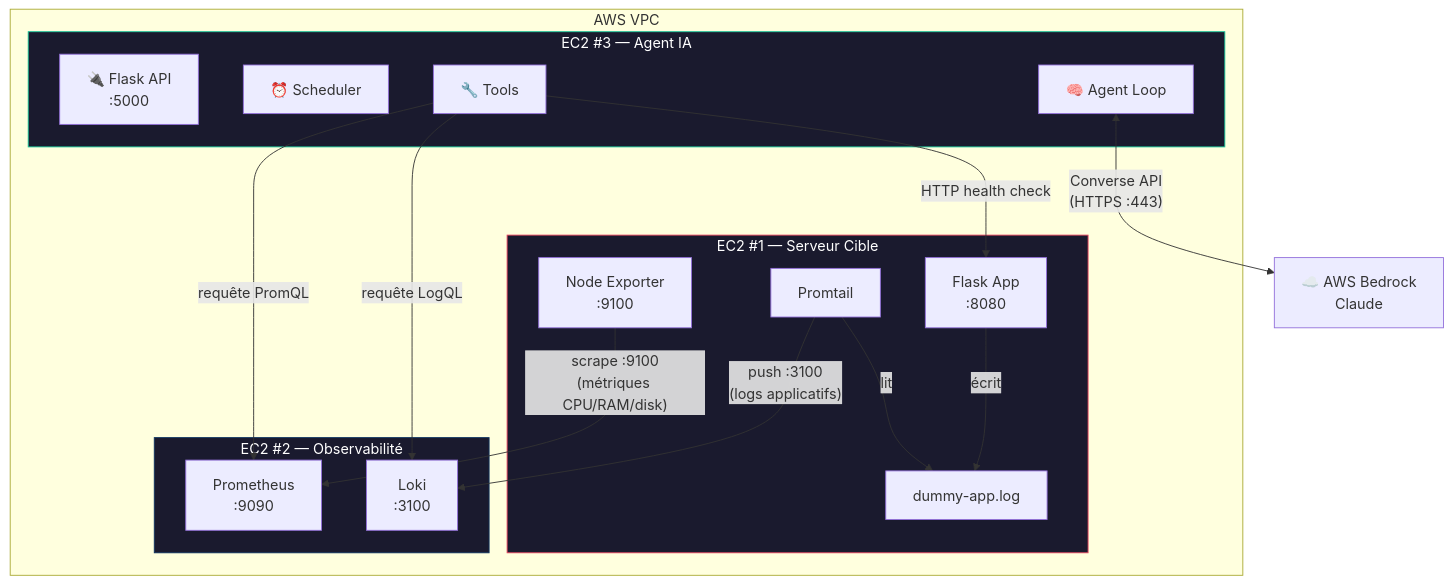
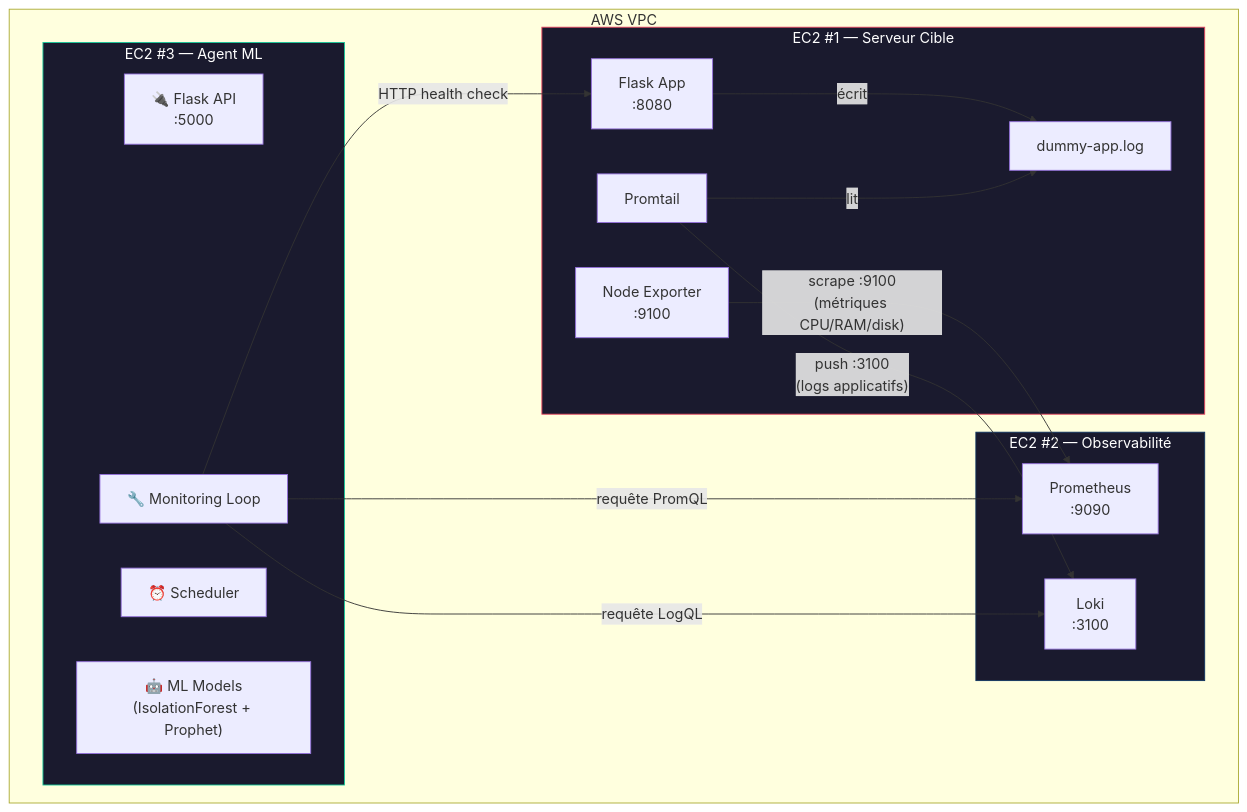
One commit to RIKIEL-K/monitoring-ia changed the first of 3 diagrams in README.md. Above: the diagram before and after it, drawn with Mermaid. The commit also changed other lines of this file and 25 other files, not shown here.

````diff
--- a/README.md
+++ b/README.md
@@ -14,35 +14,34 @@
 ```mermaid
 flowchart TB
     subgraph VPC[" AWS VPC"]
         subgraph EC2_1["EC2 #1 — Serveur Cible"]
             APP[" Flask App\n:8080"]
             NE["Node Exporter\n:9100"]
             PT[" Promtail"]
             APP -->|"écrit"| LOGS["dummy-app.log"]
             PT -->|"lit"| LOGS
         end
 
         subgraph EC2_2["EC2 #2 — Observabilité"]
             PROM[" Prometheus\n:9090"]
             LOKI["Loki\n:3100"]
         end
         
-        subgraph EC2_3["EC2 #3 — Agent IA"]
+        subgraph EC2_3["EC2 #3 — Agent ML"]
             API["🔌 Flask API\n:5000"]
             SCHED["⏰ Scheduler"]
-            LOOP["🧠 Agent Loop"]
-            TOOLS["🔧 Tools"]
+            LOOP["🔧 Monitoring Loop"]
+            ML["🤖 ML Models\n(IsolationForest + Prophet)"]
         end
     end
 
     NE -->|"scrape :9100\n(métriques CPU/RAM/disk)"| PROM
     PT -->|"push :3100\n(logs applicatifs)"| LOKI
-    TOOLS -->|"requête PromQL"| PROM
-    TOOLS -->|"requête LogQL"| LOKI
-    TOOLS -->|"HTTP health check"| APP
-    LOOP <-->|"Converse API\n(HTTPS :443)"| BEDROCK["☁️ AWS Bedrock\nClaude"]
+    LOOP -->|"requête PromQL"| PROM
+    LOOP -->|"requête LogQL"| LOKI
+    LOOP -->|"HTTP health check"| APP
     
     style EC2_1 fill:#1a1a2e,stroke:#e94560,color:#fff
     style EC2_2 fill:#1a1a2e,stroke:#0f3460,color:#fff
     style EC2_3 fill:#1a1a2e,stroke:#16c79a,color:#fff
 ```
````
